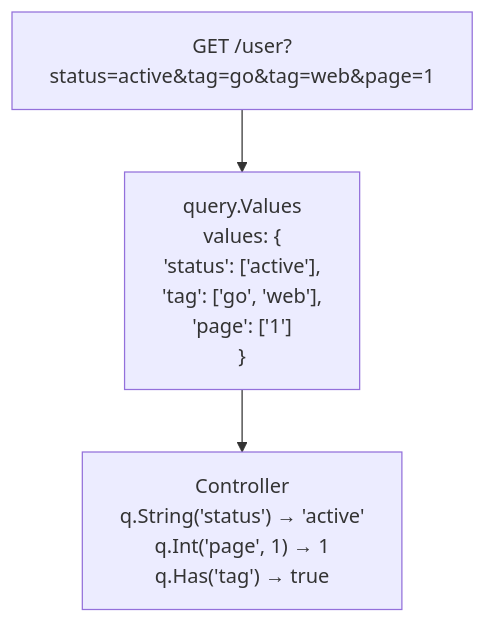
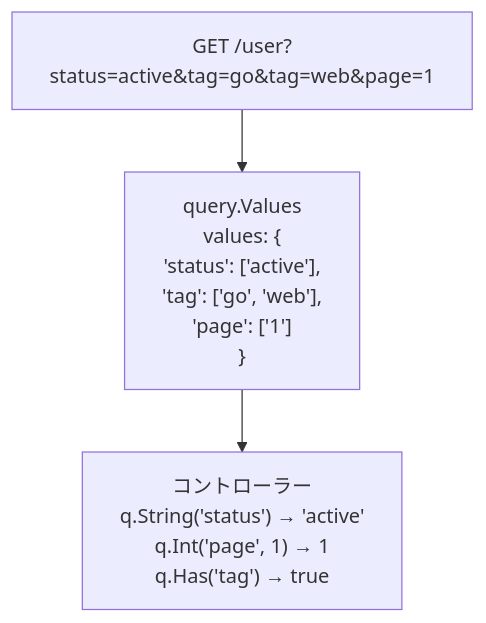
The diagram in docs/ja/learn/core-concepts/query-values.md (NARUBROWN/spine-site), drawn with Mermaid before and after one commit. The commit also changed other lines of this file and 158 other files, not shown here.

````diff
--- a/docs/ja/learn/core-concepts/query-values.md
+++ b/docs/ja/learn/core-concepts/query-values.md
@@ -19,12 +49,12 @@
 ```mermaid
 graph TD
     Request["GET /user?status=active&tag=go&tag=web&page=1"]
-    
+
     Request --> Values
-    
+
     Values["query.Values<br/>values: {<br/>  'status': ['active'],<br/>  'tag':    ['go', 'web'],<br/>  'page':   ['1']<br/>}"]
-    
+
     Values --> Controller
-    
-    Controller["Controller<br/>q.String('status')  → 'active'<br/>q.Int('page', 1)    → 1<br/>q.Has('tag')        → true"]
+
+    Controller["コントローラー<br/>q.String('status')  → 'active'<br/>q.Int('page', 1)    → 1<br/>q.Has('tag')        → true"]
 ```
````
